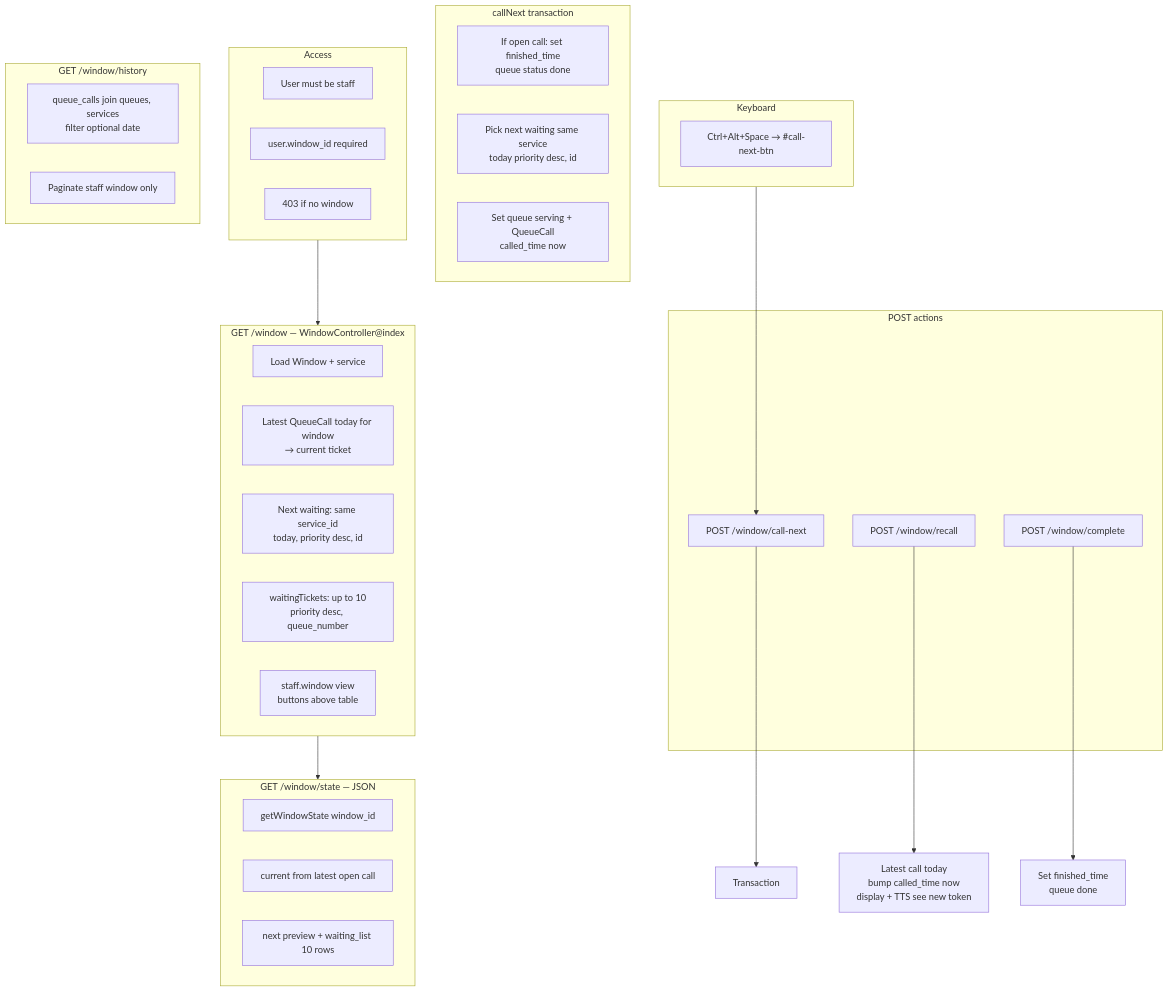
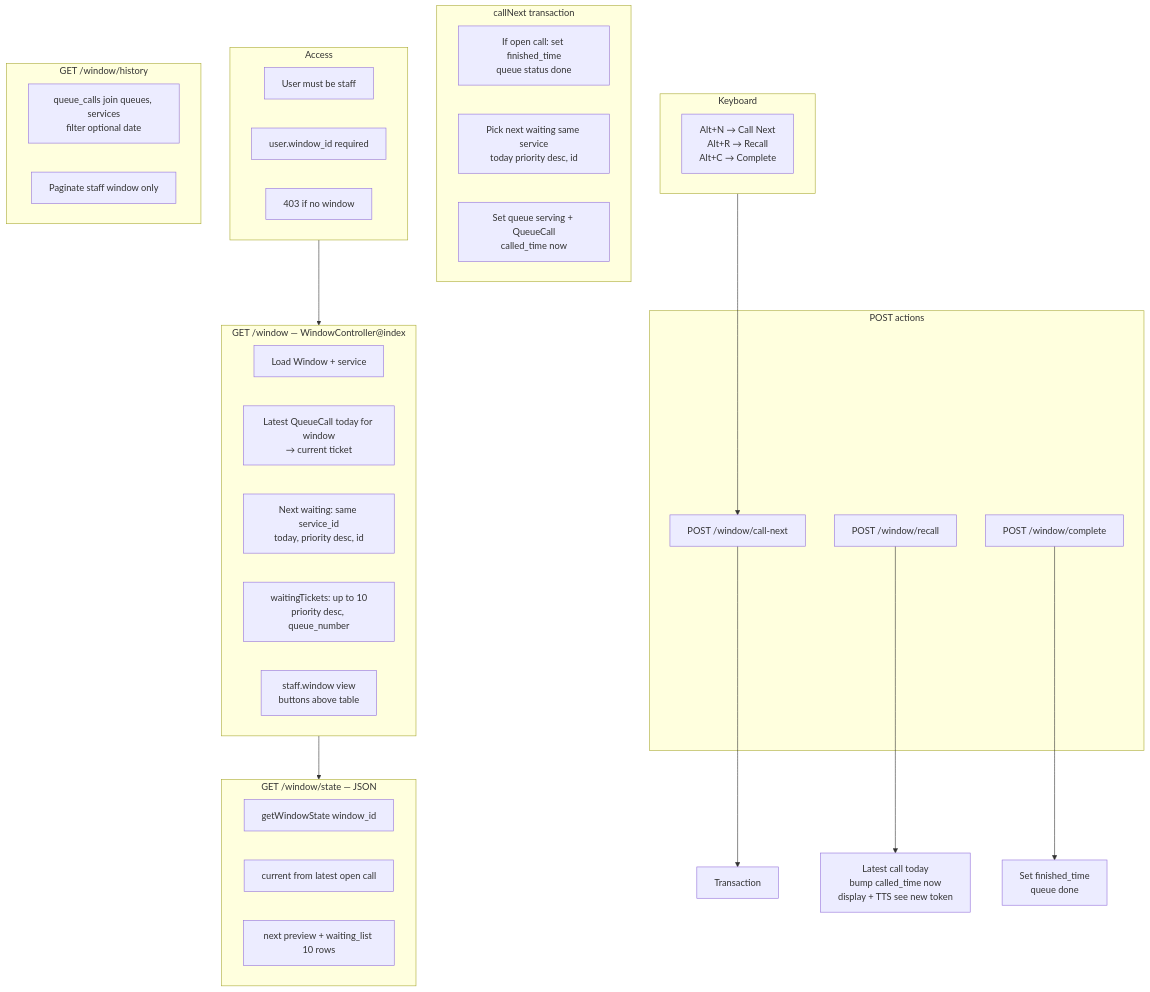
The sixth of 12 diagrams in docs/system-flowchart.md (rhems95/queuing-system), drawn with Mermaid before and after one commit. The commit also changed other lines of this file and 16 other files, not shown here.

First line of the commit message:
Add staff Alt shortcuts, crow's-foot ERD, and MySQL backup launchers.

````diff
--- a/docs/system-flowchart.md
+++ b/docs/system-flowchart.md
@@ -167,51 +169,51 @@
 ```mermaid
 flowchart TD
     subgraph Gate["Access"]
         U1["User must be staff"]
         U2["user.window_id required"]
         U3["403 if no window"]
     end
 
     subgraph Page["GET /window — WindowController@index"]
         P1["Load Window + service"]
         P2["Latest QueueCall today for window<br/>→ current ticket"]
         P3["Next waiting: same service_id<br/>today, priority desc, id"]
         P4["waitingTickets: up to 10<br/>priority desc, queue_number"]
         P5["staff.window view<br/>buttons above table"]
     end
     Gate --> Page
 
     subgraph Poll["GET /window/state — JSON"]
         S1["getWindowState window_id"]
         S2["current from latest open call"]
         S3["next preview + waiting_list 10 rows"]
     end
     Page --> Poll
 
     subgraph Actions["POST actions"]
         CN["POST /window/call-next"]
         RC["POST /window/recall"]
         CP["POST /window/complete"]
     end
 
     CN --> CNstep["Transaction"]
     subgraph CallNextTx["callNext transaction"]
         X1["If open call: set finished_time<br/>queue status done"]
         X2["Pick next waiting same service<br/>today priority desc, id"]
         X3["Set queue serving + QueueCall<br/>called_time now"]
     end
 
     RC --> RC1["Latest call today<br/>bump called_time now<br/>display + TTS see new token"]
 
     CP --> CP1["Set finished_time<br/>queue done"]
 
     subgraph Shortcut["Keyboard"]
-        K1["Ctrl+Alt+Space → #call-next-btn"]
+        K1["Alt+N → Call Next<br/>Alt+R → Recall<br/>Alt+C → Complete"]
     end
     Shortcut --> CN
 
     subgraph StaffHistory["GET /window/history"]
         H1["queue_calls join queues, services<br/>filter optional date"]
         H2["Paginate staff window only"]
     end
 ```
````
